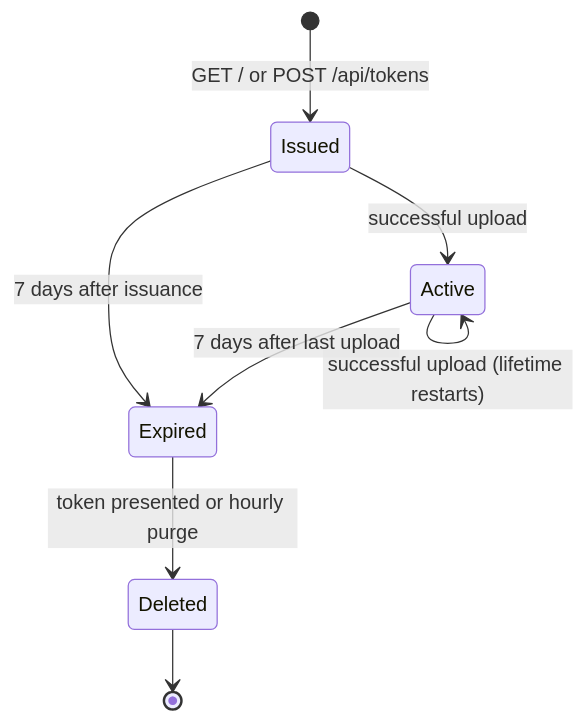
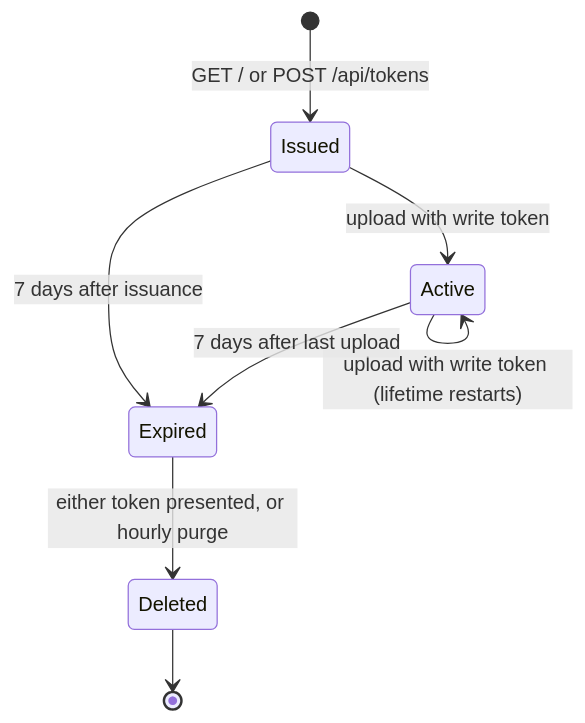
Before and after one commit to Keyhad/rasadgah: the diagram in docs/03-design/session-lifecycle.md, drawn with Mermaid. The commit also changed other lines of this file and 41 other files, not shown here.

````diff
--- a/docs/03-design/session-lifecycle.md
+++ b/docs/03-design/session-lifecycle.md
@@ -76,10 +87,10 @@
 ```mermaid
 stateDiagram-v2
     [*] --> Issued: GET / or POST /api/tokens
-    Issued --> Active: successful upload
-    Active --> Active: successful upload (lifetime restarts)
+    Issued --> Active: upload with write token
+    Active --> Active: upload with write token (lifetime restarts)
     Issued --> Expired: 7 days after issuance
     Active --> Expired: 7 days after last upload
-    Expired --> Deleted: token presented or hourly purge
+    Expired --> Deleted: either token presented, or hourly purge
     Deleted --> [*]
 ```
````
